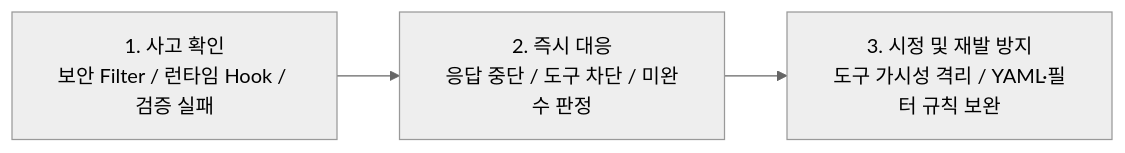
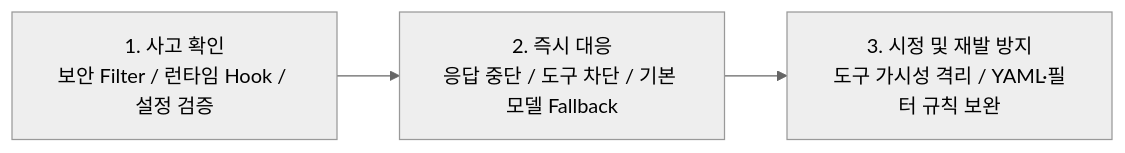
Before and after one commit to misjin05/playground: the second of 2 diagrams in AIS/Reports/Slide22_23_Update.md, drawn with Mermaid (neutral theme). The commit also changed other lines of this file and 1 other file, not shown here.

````diff
--- a/AIS/Reports/Slide22_23_Update.md
+++ b/AIS/Reports/Slide22_23_Update.md
@@ -69,5 +74,5 @@
 ```mermaid
 graph LR
-    R1["1. 사고 확인<br/>보안 Filter / 런타임 Hook / 검증 실패"] --> R2["2. 즉시 대응<br/>응답 중단 / 도구 차단 / 미완수 판정"]
+    R1["1. 사고 확인<br/>보안 Filter / 런타임 Hook / 설정 검증"] --> R2["2. 즉시 대응<br/>응답 중단 / 도구 차단 / 기본 모델 Fallback"]
     R2 --> R3["3. 시정 및 재발 방지<br/>도구 가시성 격리 / YAML·필터 규칙 보완"]
 ```
````
